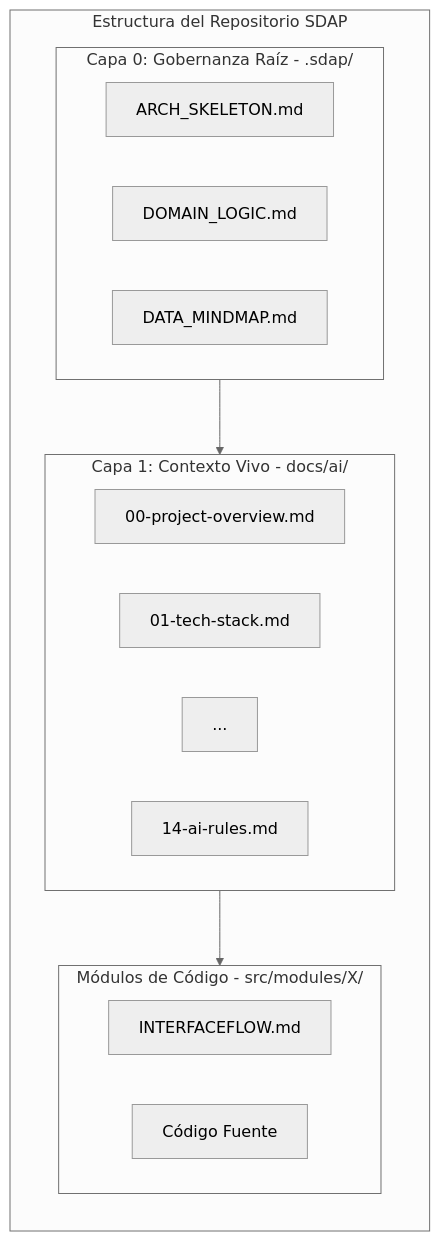
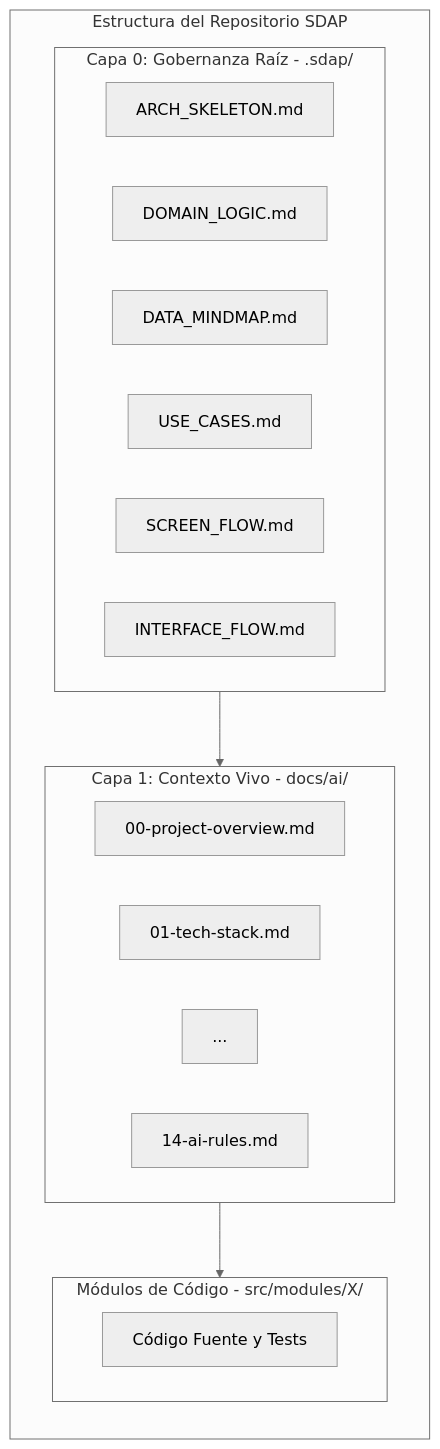
One commit to codeinapt/sdap-template changed the diagram in specification/03-Chapter-III.md. Above: the diagram before and after it, drawn with Mermaid (neutral theme). The commit also changed other lines of this file, not shown here.

First line of the commit message:
Enhance SDAP architecture details and document clarity

````diff
--- a/specification/03-Chapter-III.md
+++ b/specification/03-Chapter-III.md
@@ -7,27 +7,28 @@
 ```mermaid
 graph TD
     subgraph Repo [Estructura del Repositorio SDAP]
         direction TB
         subgraph Capa0 [Capa 0: Gobernanza Raíz - .sdap/]
             ARCH[ARCH_SKELETON.md]
             DOM[DOMAIN_LOGIC.md]
             DATA[DATA_MINDMAP.md]
+            UC[USE_CASES.md]
+            SF[SCREEN_FLOW.md]
+            FLOW[INTERFACE_FLOW.md]
         end
 
         subgraph Capa1 [Capa 1: Contexto Vivo - docs/ai/]
             C1_1[00-project-overview.md]
             C1_2[01-tech-stack.md]
             C1_3[...]
             C1_15[14-ai-rules.md]
         end
 
         subgraph Modules [Módulos de Código - src/modules/X/]
-            FLOW[INTERFACEFLOW.md]
-            SRC[Código Fuente]
+            SRC[Código Fuente y Tests]
         end
     end
 
     Capa0 --> Capa1
     Capa1 --> Modules
-
 ```
````
